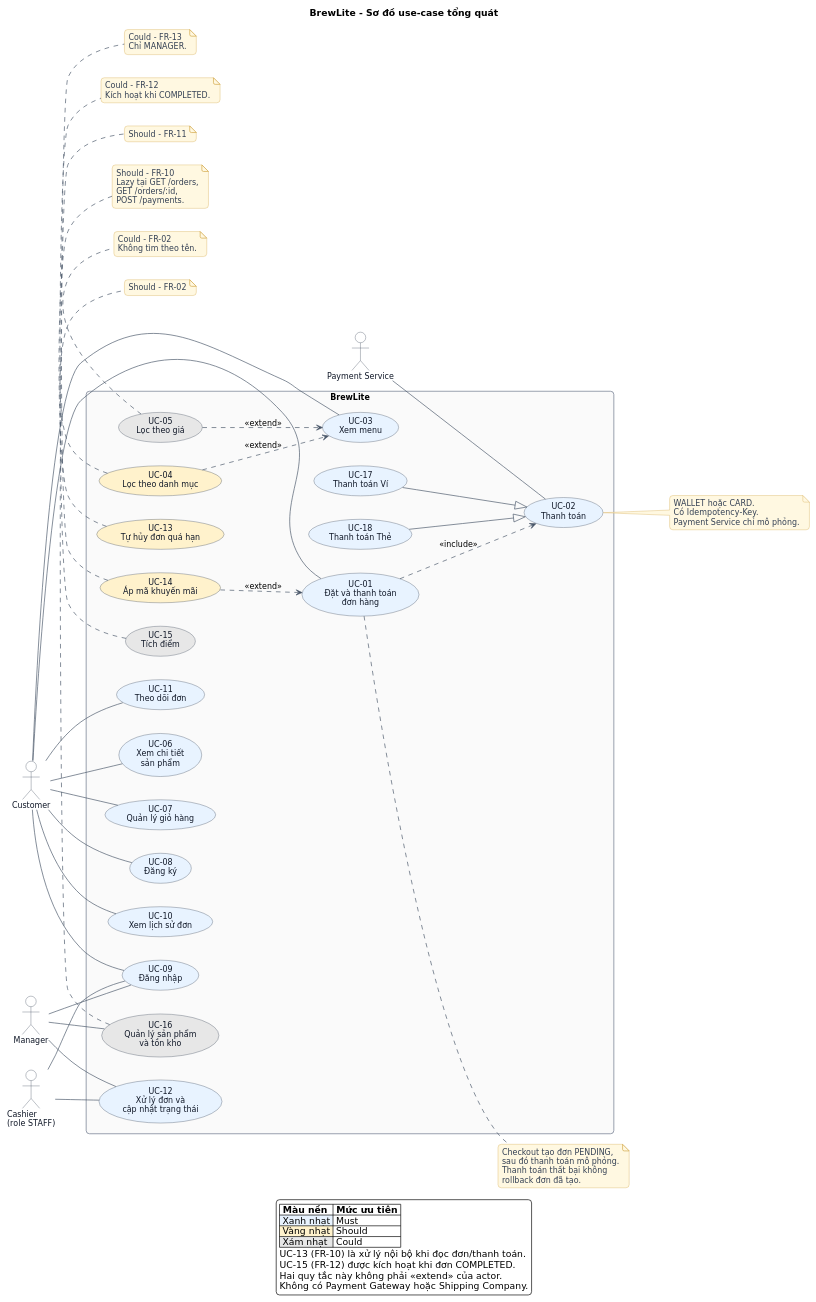
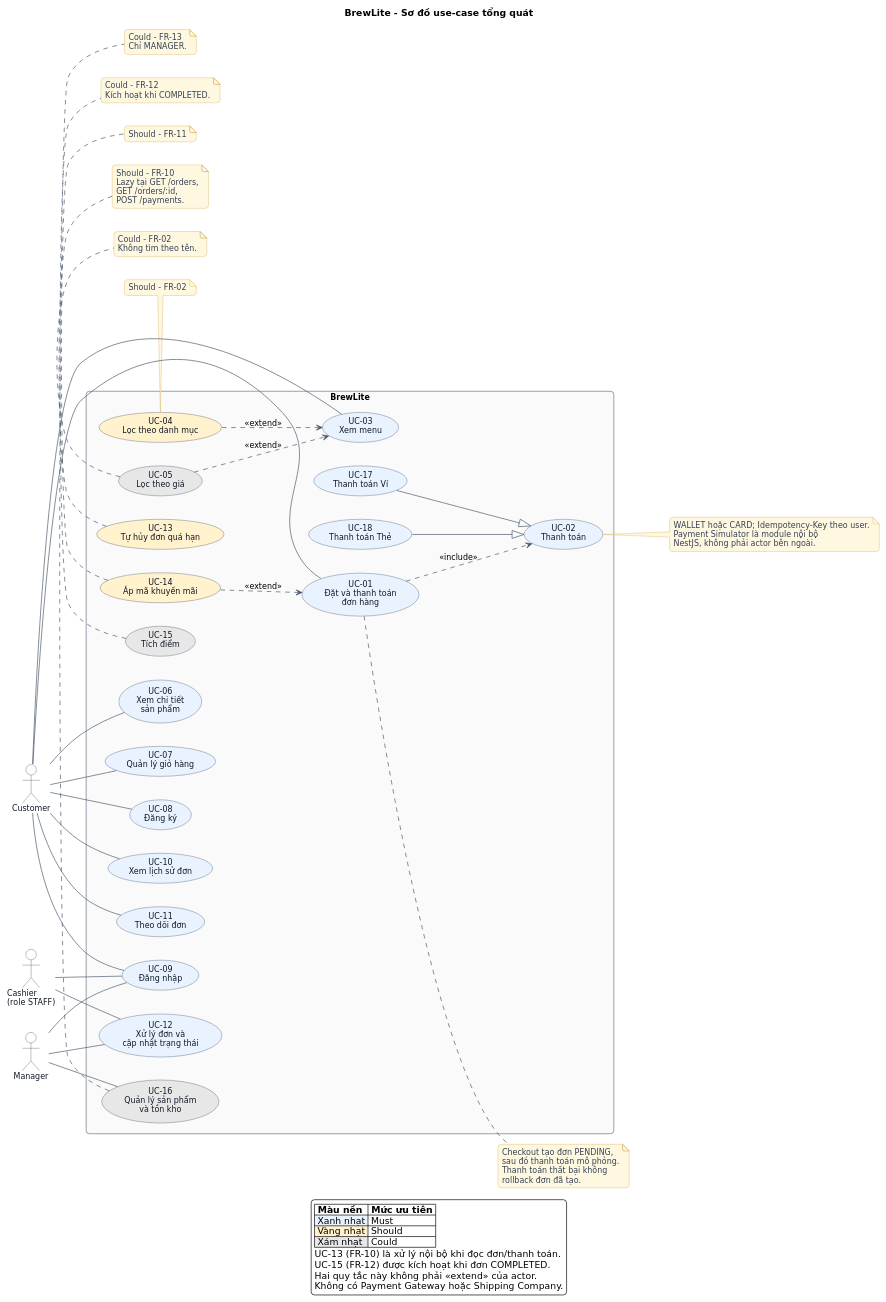
The diagram in docs/diagrams/usecase-overview.puml (vophong8989/brewlite), drawn with PlantUML before and after one commit. The commit also changed 24 other files, not shown here.

Commit message:
docs: update Sprint 2 requirements architecture and UML diagrams

```diff
--- a/docs/diagrams/usecase-overview.puml
+++ b/docs/diagrams/usecase-overview.puml
@@ -1,137 +1,135 @@
 @startuml
 ' BrewLite - Use-case tổng quát
 ' Phiên bản: 1.0
 ' Ngày: 16/11/2026
 ' Task 1.2 - Assignment 2
 
 left to right direction
 skinparam backgroundColor #FFFFFF
 skinparam shadowing false
 skinparam packageStyle rectangle
 skinparam roundcorner 10
 skinparam defaultFontName "DejaVu Sans"
 skinparam defaultFontSize 12
 skinparam actor {
   BorderColor #344054
   FontColor #101828
   BackgroundColor #FFFFFF
 }
 skinparam usecase {
   BorderColor #344054
   BackgroundColor #E8F3FF
   FontColor #101828
   ArrowColor #475467
 }
 skinparam rectangle {
   BorderColor #667085
   BackgroundColor #FAFAFA
 }
 skinparam note {
   BackgroundColor #FFF8E1
   BorderColor #D0A443
   FontColor #344054
 }
 
 title BrewLite - Sơ đồ use-case tổng quát
 
 actor "Customer" as Customer
 actor "Cashier\n(role STAFF)" as Cashier
 actor "Manager" as Manager
-actor "Payment Service" as PaymentService
 
 rectangle "BrewLite" {
   usecase "UC-01\nĐặt và thanh toán\nđơn hàng" as UC01
   usecase "UC-02\nThanh toán" as UC02
   usecase "UC-17\nThanh toán Ví" as UC17
   usecase "UC-18\nThanh toán Thẻ" as UC18
 
   usecase "UC-03\nXem menu" as UC03
   usecase "UC-04\nLọc theo danh mục" as UC04 #FFF2CC
   usecase "UC-05\nLọc theo giá" as UC05 #E7E7E7
   usecase "UC-06\nXem chi tiết\nsản phẩm" as UC06
   usecase "UC-07\nQuản lý giỏ hàng" as UC07
   usecase "UC-08\nĐăng ký" as UC08
   usecase "UC-09\nĐăng nhập" as UC09
 
   usecase "UC-10\nXem lịch sử đơn" as UC10
   usecase "UC-11\nTheo dõi đơn" as UC11
   usecase "UC-12\nXử lý đơn và\ncập nhật trạng thái" as UC12
 
   usecase "UC-13\nTự hủy đơn quá hạn" as UC13 #FFF2CC
   usecase "UC-14\nÁp mã khuyến mãi" as UC14 #FFF2CC
   usecase "UC-15\nTích điểm" as UC15 #E7E7E7
   usecase "UC-16\nQuản lý sản phẩm\nvà tồn kho" as UC16 #E7E7E7
 }
 
 Customer -- UC03
 Customer -- UC06
 Customer -- UC07
 Customer -- UC08
 Customer -- UC09
 Customer -- UC01
 Customer -- UC10
 Customer -- UC11
 
 Cashier -- UC09
 Cashier -- UC12
 Manager -- UC09
 Manager -- UC12
 Manager -- UC16
-PaymentService -- UC02
 
 UC01 ..> UC02 : <<include>>
 UC04 ..> UC03 : <<extend>>
 UC05 ..> UC03 : <<extend>>
 UC14 ..> UC01 : <<extend>>
 UC17 --|> UC02
 UC18 --|> UC02
 
 note right of UC01
   Checkout tạo đơn PENDING,
   sau đó thanh toán mô phỏng.
   Thanh toán thất bại không
   rollback đơn đã tạo.
 end note
 
 note right of UC02
-  WALLET hoặc CARD.
-  Có Idempotency-Key.
-  Payment Service chỉ mô phỏng.
+  WALLET hoặc CARD; Idempotency-Key theo user.
+  Payment Simulator là module nội bộ
+  NestJS, không phải actor bên ngoài.
 end note
 
 note bottom of UC04
   Should - FR-02
 end note
 note bottom of UC05
   Could - FR-02
   Không tìm theo tên.
 end note
 note bottom of UC13
   Should - FR-10
   Lazy tại GET /orders,
   GET /orders/:id,
   POST /payments.
 end note
 note bottom of UC14
   Should - FR-11
 end note
 note bottom of UC15
   Could - FR-12
   Kích hoạt khi COMPLETED.
 end note
 note bottom of UC16
   Could - FR-13
   Chỉ MANAGER.
 end note
 
 legend bottom
   |= Màu nền |= Mức ưu tiên |
   |<#E8F3FF> Xanh nhạt | Must |
   |<#FFF2CC> Vàng nhạt | Should |
   |<#E7E7E7> Xám nhạt | Could |
   UC-13 (FR-10) là xử lý nội bộ khi đọc đơn/thanh toán.
   UC-15 (FR-12) được kích hoạt khi đơn COMPLETED.
   Hai quy tắc này không phải <<extend>> của actor.
   Không có Payment Gateway hoặc Shipping Company.
 endlegend
 @enduml
```
